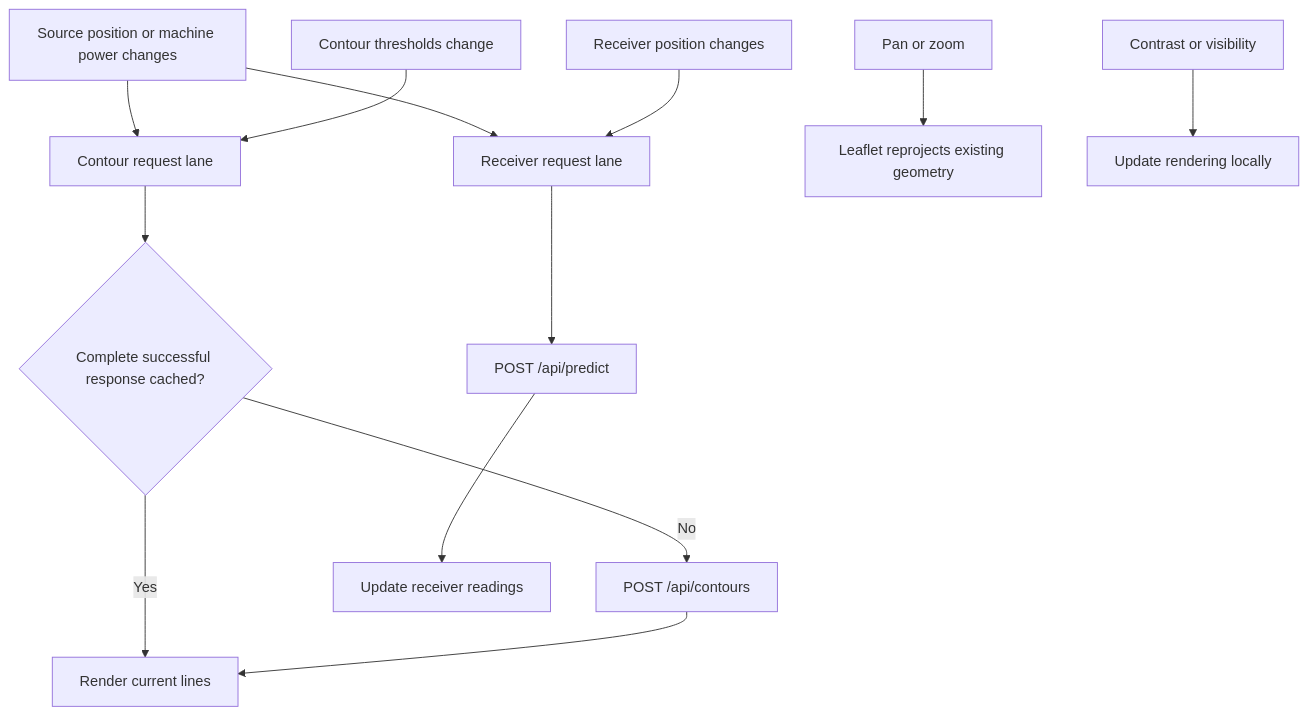
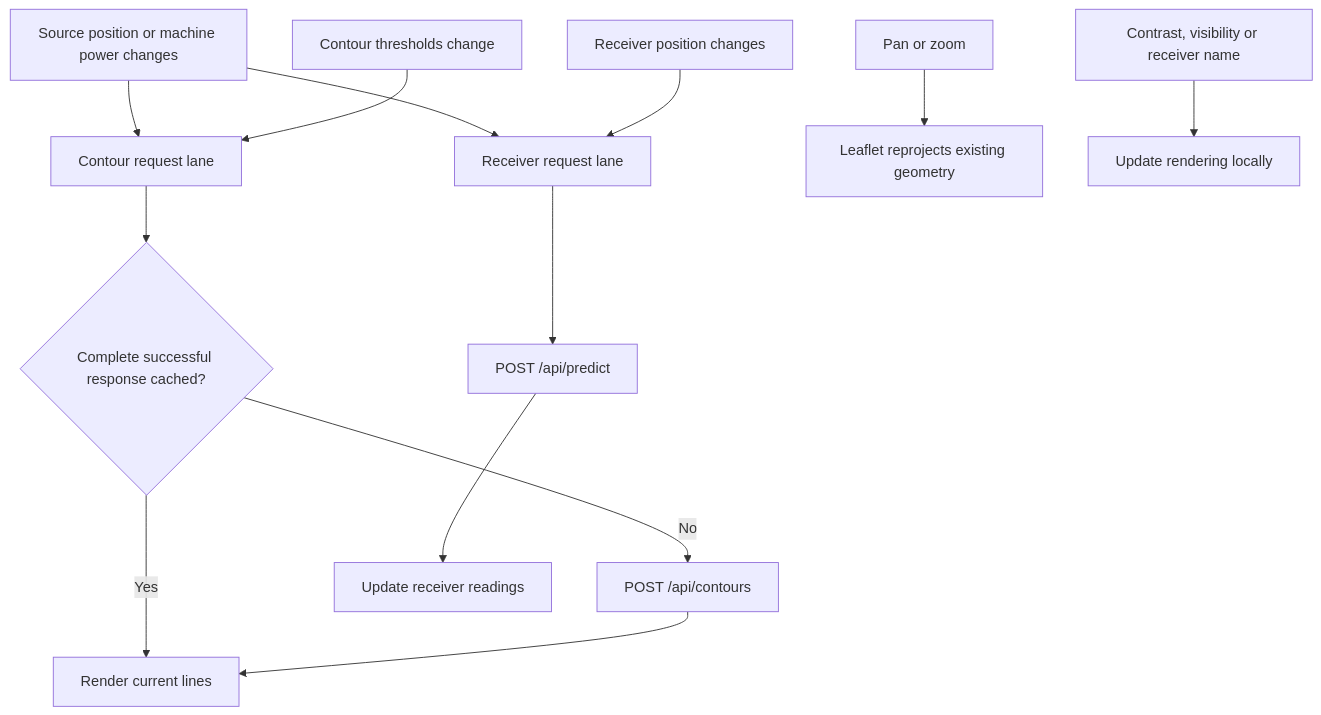
Before and after one commit to Jakespitteler/Sound-Model: the second of 3 diagrams in ARCHITECURE.md, drawn with Mermaid. The commit also changed other lines of this file and 7 other files, not shown here.

````diff
--- a/ARCHITECURE.md
+++ b/ARCHITECURE.md
@@ -42,15 +42,15 @@
 ```mermaid
 flowchart TD
     Source[Source position or machine power changes] --> R[Receiver request lane]
     Source --> G[Contour request lane]
     Receiver[Receiver position changes] --> R
     Levels[Contour thresholds change] --> G
     G --> Cache{Complete successful response cached?}
     Cache -->|Yes| Lines[Render current lines]
     Cache -->|No| Contours[POST /api/contours]
     Contours --> Lines
     R --> Predict[POST /api/predict]
     Predict --> Numbers[Update receiver readings]
     Camera[Pan or zoom] --> Reproject[Leaflet reprojects existing geometry]
-    Style[Contrast or visibility] --> Local[Update rendering locally]
+    Style[Contrast, visibility or receiver name] --> Local[Update rendering locally]
 ```
````
